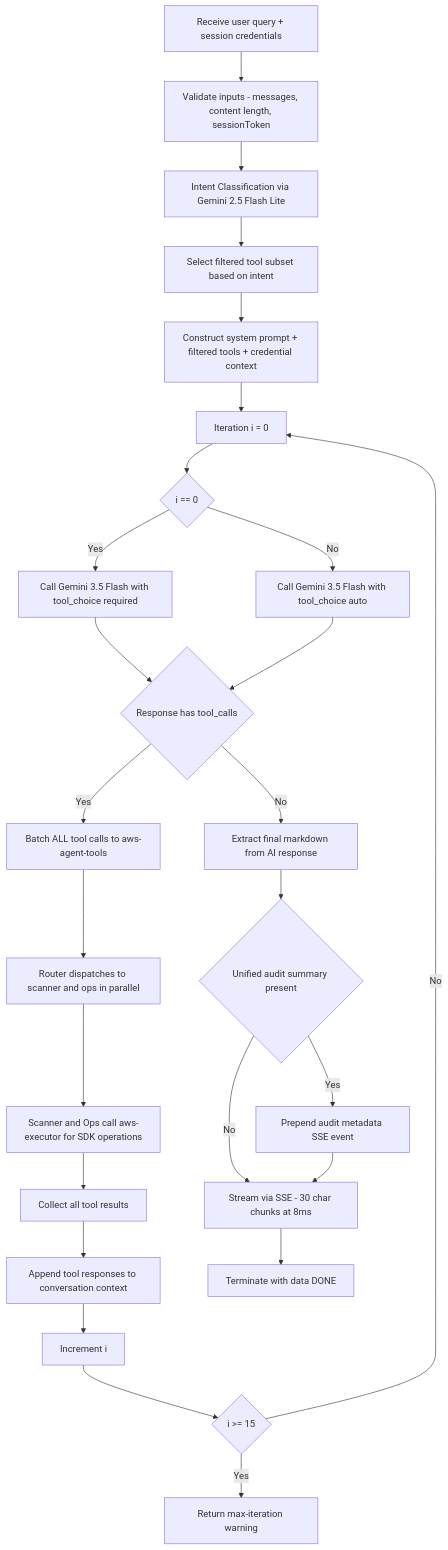
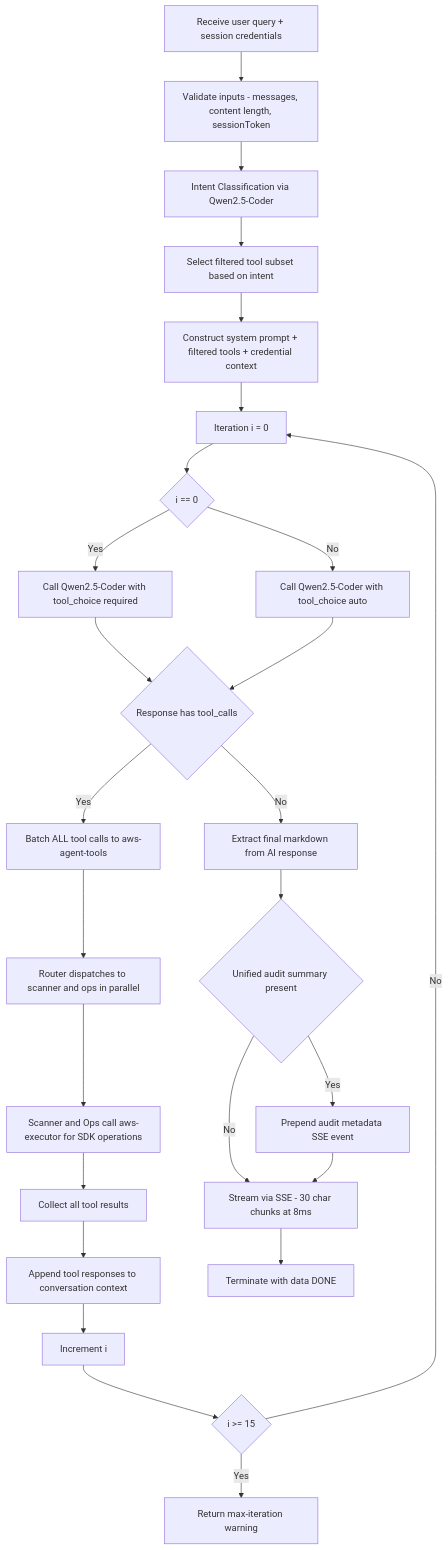
The seventh of 43 diagrams in TECHNICAL_DOCUMENTATION.md (ritvikindupuri/CloudPilot-AI---AWS-Security-Agent), drawn with Mermaid before and after one commit. The commit also changed other lines of this file, not shown here.

Commit message:
docs: replace remaining Gemini references in TECHNICAL_DOCUMENTATION.md with Qwen2.5-Coder and local Ollama API

````diff
--- a/TECHNICAL_DOCUMENTATION.md
+++ b/TECHNICAL_DOCUMENTATION.md
@@ -681,28 +681,28 @@
 ```mermaid
 flowchart TD
     A[Receive user query + session credentials] --> B[Validate inputs - messages, content length, sessionToken]
-    B --> B2[Intent Classification via Gemini 2.5 Flash Lite]
+    B --> B2[Intent Classification via Qwen2.5-Coder]
     B2 --> B3[Select filtered tool subset based on intent]
     B3 --> C[Construct system prompt + filtered tools + credential context]
     C --> D[Iteration i = 0]
     D --> E{i == 0}
-    E -- Yes --> F[Call Gemini 3.5 Flash with tool_choice required]
-    E -- No --> G[Call Gemini 3.5 Flash with tool_choice auto]
+    E -- Yes --> F[Call Qwen2.5-Coder with tool_choice required]
+    E -- No --> G[Call Qwen2.5-Coder with tool_choice auto]
     F --> H{Response has tool_calls}
     G --> H
     H -- Yes --> I[Batch ALL tool calls to aws-agent-tools]
     I --> J[Router dispatches to scanner and ops in parallel]
     J --> K[Scanner and Ops call aws-executor for SDK operations]
     K --> L[Collect all tool results]
     L --> M2[Append tool responses to conversation context]
     M2 --> N[Increment i]
     N --> O{i >= 15}
     O -- Yes --> P[Return max-iteration warning]
     O -- No --> D
     H -- No --> Q[Extract final markdown from AI response]
     Q --> R{Unified audit summary present}
     R -- Yes --> S[Prepend audit metadata SSE event]
     R -- No --> T[Stream via SSE - 30 char chunks at 8ms]
     S --> T
     T --> U[Terminate with data DONE]
 ```
````
